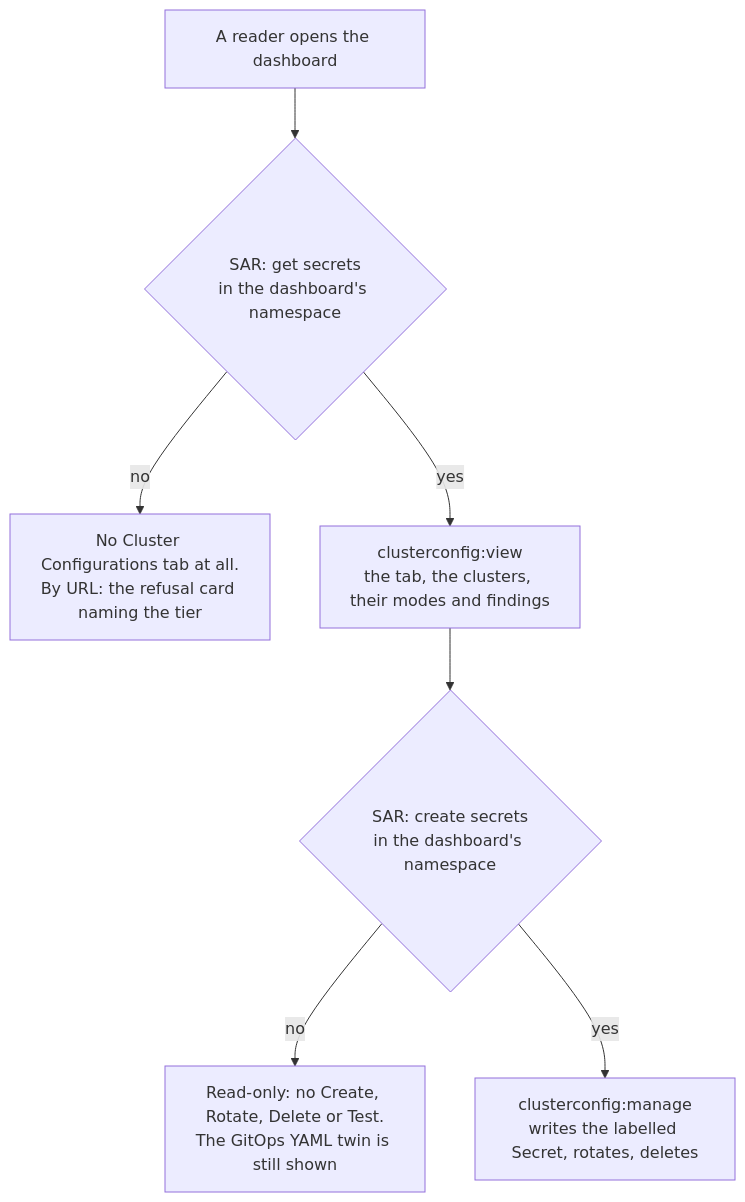
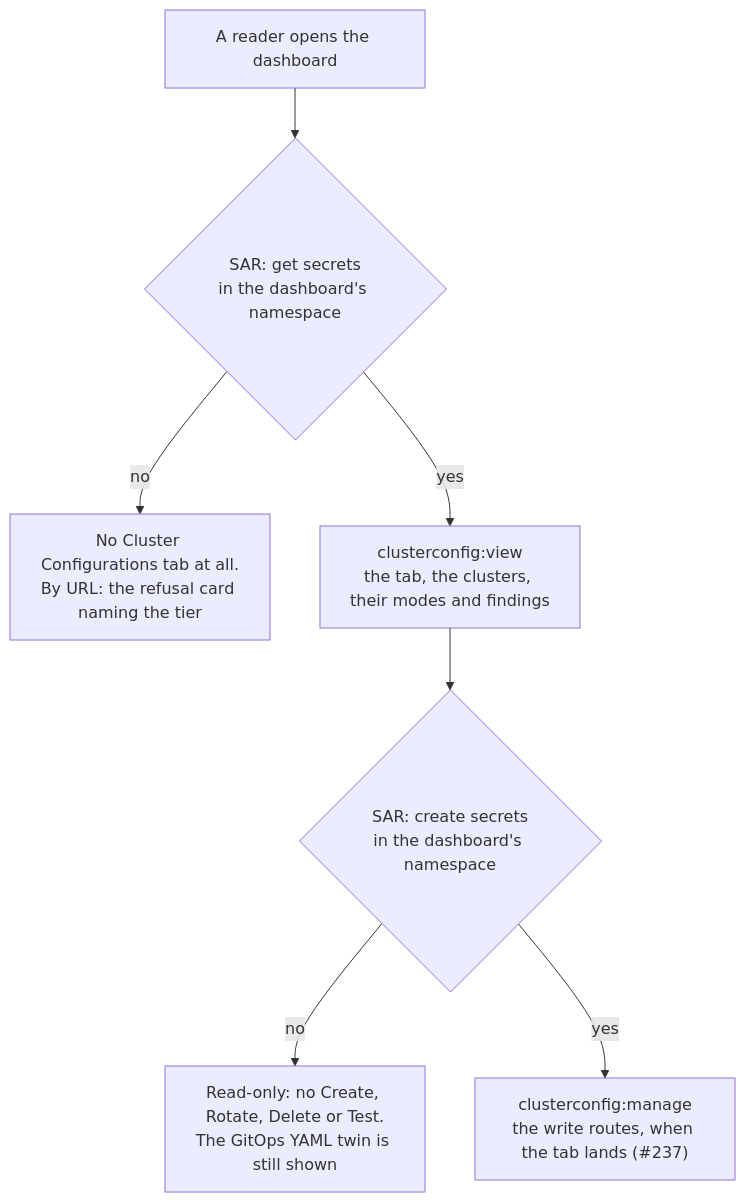
Before and after one commit to ephico2real2/group-sync-dashboard: the fourth of 4 diagrams in docs/DESIGN_cluster_connection_flows.md, drawn with Mermaid. The commit also changed other lines of this file and 13 other files, not shown here.

````diff
--- a/docs/DESIGN_cluster_connection_flows.md
+++ b/docs/DESIGN_cluster_connection_flows.md
@@ -185,9 +213,9 @@
 ```mermaid
 flowchart TD
     A["A reader opens the dashboard"] --> B{"SAR: get secrets<br/>in the dashboard's namespace"}
     B -- "no" --> C["No Cluster Configurations tab at all.<br/>By URL: the refusal card naming the tier"]
     B -- "yes" --> D["clusterconfig:view<br/>the tab, the clusters, their modes and findings"]
     D --> E{"SAR: create secrets<br/>in the dashboard's namespace"}
     E -- "no" --> F["Read-only: no Create, Rotate, Delete or Test.<br/>The GitOps YAML twin is still shown"]
-    E -- "yes" --> G["clusterconfig:manage<br/>writes the labelled Secret, rotates, deletes"]
+    E -- "yes" --> G["clusterconfig:manage<br/>the write routes, when the tab lands (#237)"]
 ```
````
